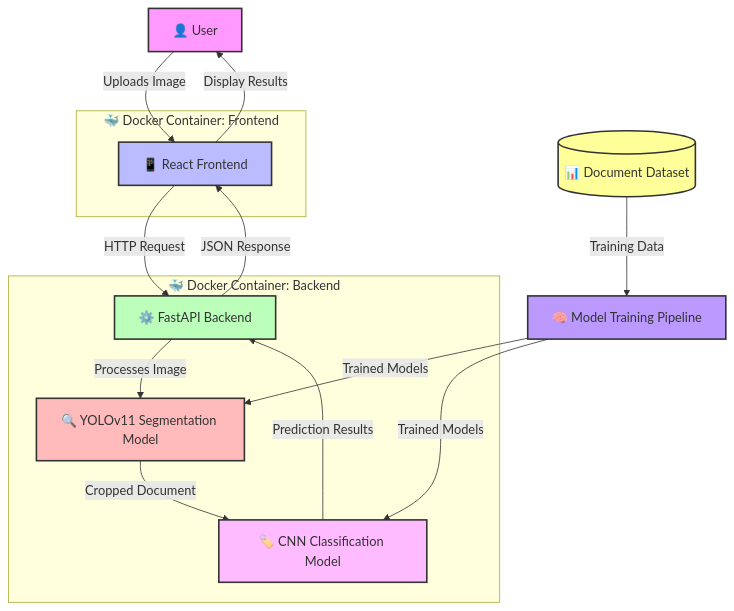
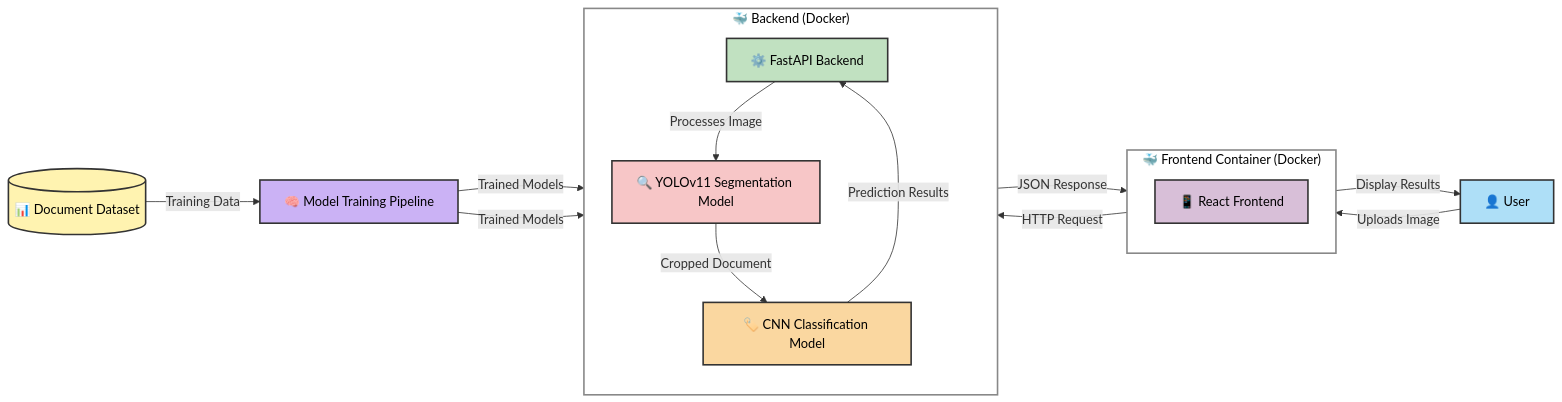
The diagram in README.md (tatkaal/PassportPAL), drawn with Mermaid before and after one commit. The commit also changed other lines of this file, not shown here.

Commit message:
Added application flow diagram

````diff
--- a/README.md
+++ b/README.md
@@ -44,32 +43,43 @@
 ```mermaid
-graph TD
+flowchart LR
+    %% === MAIN FLOW ===
     User[👤 User] -->|Uploads Image| UI[📱 React Frontend]
     UI -->|HTTP Request| API[⚙️ FastAPI Backend]
     API -->|Processes Image| Segmentation[🔍 YOLOv11 Segmentation Model]
     Segmentation -->|Cropped Document| Classification[🏷️ CNN Classification Model]
     Classification -->|Prediction Results| API
     API -->|JSON Response| UI
     UI -->|Display Results| User
-    
-    subgraph "🐳 Docker Container: Frontend"
+
+    %% === DATASET & TRAINING ===
+    Dataset[(📊 Document Dataset)] -->|Training Data| ModelTraining[🧠 Model Training Pipeline]
+    ModelTraining -->|Trained Models| Segmentation
+    ModelTraining -->|Trained Models| Classification
+
+    %% === SUBGRAPHS (DOCKER CONTAINERS) ===
+    subgraph FrontendDocker["🐳 Frontend Container (Docker)"]
+
+        direction TB
         UI
     end
-    
-    subgraph "🐳 Docker Container: Backend"
+
+    subgraph BackendDocker["🐳 Backend (Docker)"]
+        direction TB
         API
         Segmentation
         Classification
     end
-    
-    Dataset[(📊 Document Dataset)] -->|Training Data| ModelTraining[🧠 Model Training Pipeline]
-    ModelTraining -->|Trained Models| Segmentation
-    ModelTraining -->|Trained Models| Classification
-    
-    style User fill:#f9f,stroke:#333,stroke-width:2px
-    style UI fill:#bbf,stroke:#333,stroke-width:2px
-    style API fill:#bfb,stroke:#333,stroke-width:2px
-    style Segmentation fill:#fbb,stroke:#333,stroke-width:2px
-    style Classification fill:#fbf,stroke:#333,stroke-width:2px
-    style Dataset fill:#ff9,stroke:#333,stroke-width:2px
-    style ModelTraining fill:#b9f,stroke:#333,stroke-width:2px
+
+    %% === STYLING NODES ===
+    style User fill:#AEDFF7,stroke:#333,stroke-width:2px,color:#000
+    style UI fill:#D8BFD8,stroke:#333,stroke-width:2px,color:#000
+    style API fill:#C1E1C1,stroke:#333,stroke-width:2px,color:#000
+    style Segmentation fill:#F7C6C7,stroke:#333,stroke-width:2px,color:#000
+    style Classification fill:#FAD7A0,stroke:#333,stroke-width:2px,color:#000
+    style Dataset fill:#FFF3B0,stroke:#333,stroke-width:2px,color:#000
+    style ModelTraining fill:#CBB2F5,stroke:#333,stroke-width:2px,color:#000
+
+    %% === STYLING SUBGRAPHS ===
+    style FrontendDocker fill:#FFFFFF,stroke:#888,stroke-width:2px,color:#000
+    style BackendDocker fill:#FFFFFF,stroke:#888,stroke-width:2px,color:#000
 ```
````
